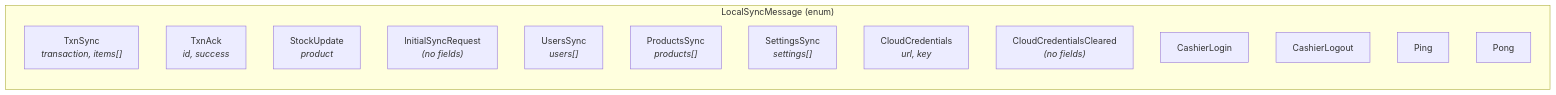
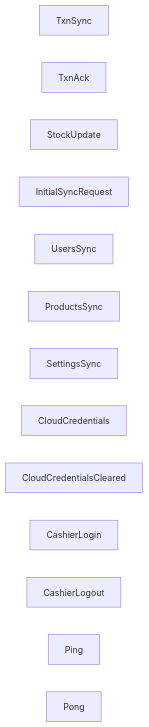
One commit to BootlegYouki/at-iba-pa-pos changed the second of 7 diagrams in docs/04-networking.md. Above: the diagram before and after it, drawn with Mermaid. The commit also changed other lines of this file and 10 other files, not shown here.

First line of the commit message:
Refactor user guide and database schema documentation; enhance export reports feature

````diff
--- a/docs/04-networking.md
+++ b/docs/04-networking.md
@@ -76,18 +63,16 @@
 ```mermaid
 graph LR
-    subgraph LocalSyncMessage["LocalSyncMessage (enum)"]
-        TxnSync["TxnSync<br/><i>transaction, items[]</i>"]
-        TxnAck["TxnAck<br/><i>id, success</i>"]
-        StockUpdate["StockUpdate<br/><i>product</i>"]
-        InitialSyncRequest["InitialSyncRequest<br/><i>(no fields)</i>"]
-        UsersSync["UsersSync<br/><i>users[]</i>"]
-        ProductsSync["ProductsSync<br/><i>products[]</i>"]
-        SettingsSync["SettingsSync<br/><i>settings[]</i>"]
-        CloudCredentials["CloudCredentials<br/><i>url, key</i>"]
-        CloudCredentialsCleared["CloudCredentialsCleared<br/><i>(no fields)</i>"]
-        CashierLogin["CashierLogin"]
-        CashierLogout["CashierLogout"]
-        Ping["Ping"]
-        Pong["Pong"]
-    end
+    TxnSync["TxnSync"]
+    TxnAck["TxnAck"]
+    StockUpdate["StockUpdate"]
+    InitialSyncRequest["InitialSyncRequest"]
+    UsersSync["UsersSync"]
+    ProductsSync["ProductsSync"]
+    SettingsSync["SettingsSync"]
+    CloudCredentials["CloudCredentials"]
+    CloudCredentialsCleared["CloudCredentialsCleared"]
+    CashierLogin["CashierLogin"]
+    CashierLogout["CashierLogout"]
+    Ping["Ping"]
+    Pong["Pong"]
 ```
````
